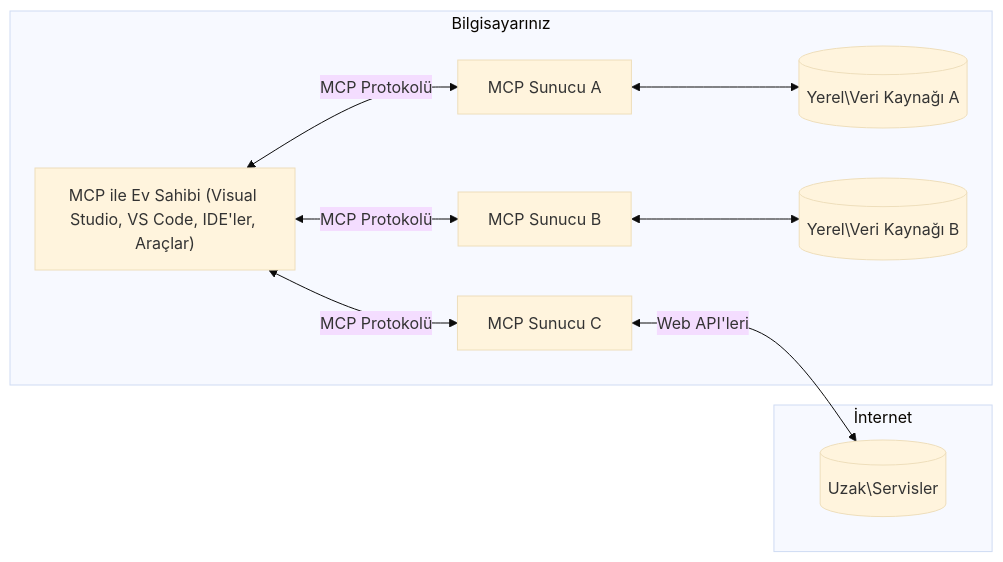
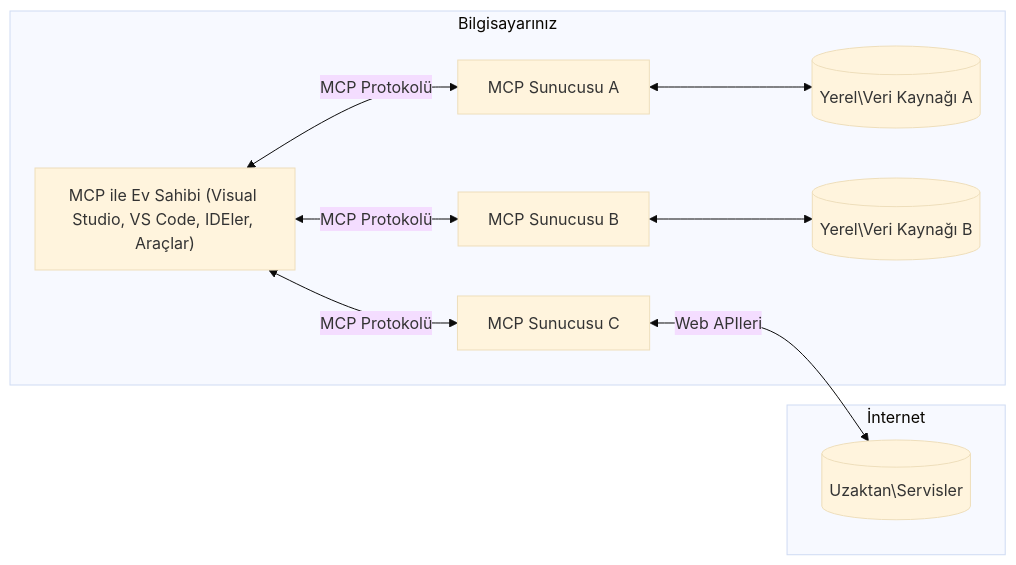
The diagram in mcp_ecosystem__model_context_protocol/mcp_learning_resources/mcp-for-beginners/translations/tr/01-CoreConcepts/README.md (HIDORAKAI002/ai-workspace-archive), drawn with Mermaid (base theme) before and after one commit. The commit also changed other lines of this file and 1046 other files, not shown here.

````diff
--- a/mcp_ecosystem__model_context_protocol/mcp_learning_resources/mcp-for-beginners/translations/tr/01-CoreConcepts/README.md
+++ b/mcp_ecosystem__model_context_protocol/mcp_learning_resources/mcp-for-beginners/translations/tr/01-CoreConcepts/README.md
@@ -45,17 +45,17 @@
 ```mermaid
 flowchart LR
     subgraph "Bilgisayarınız"
-        Host["MCP ile Ev Sahibi (Visual Studio, VS Code, IDE'ler, Araçlar)"]
-        S1["MCP Sunucu A"]
-        S2["MCP Sunucu B"]
-        S3["MCP Sunucu C"]
+        Host["MCP ile Ev Sahibi (Visual Studio, VS Code, IDEler, Araçlar)"]
+        S1["MCP Sunucusu A"]
+        S2["MCP Sunucusu B"]
+        S3["MCP Sunucusu C"]
         Host <-->|"MCP Protokolü"| S1
         Host <-->|"MCP Protokolü"| S2
         Host <-->|"MCP Protokolü"| S3
         S1 <--> D1[("Yerel\Veri Kaynağı A")]
         S2 <--> D2[("Yerel\Veri Kaynağı B")]
     end
     subgraph "İnternet"
-        S3 <-->|"Web API'leri"| D3[("Uzak\Servisler")]
+        S3 <-->|"Web APIleri"| D3[("Uzaktan\Servisler")]
     end
 ```
````
